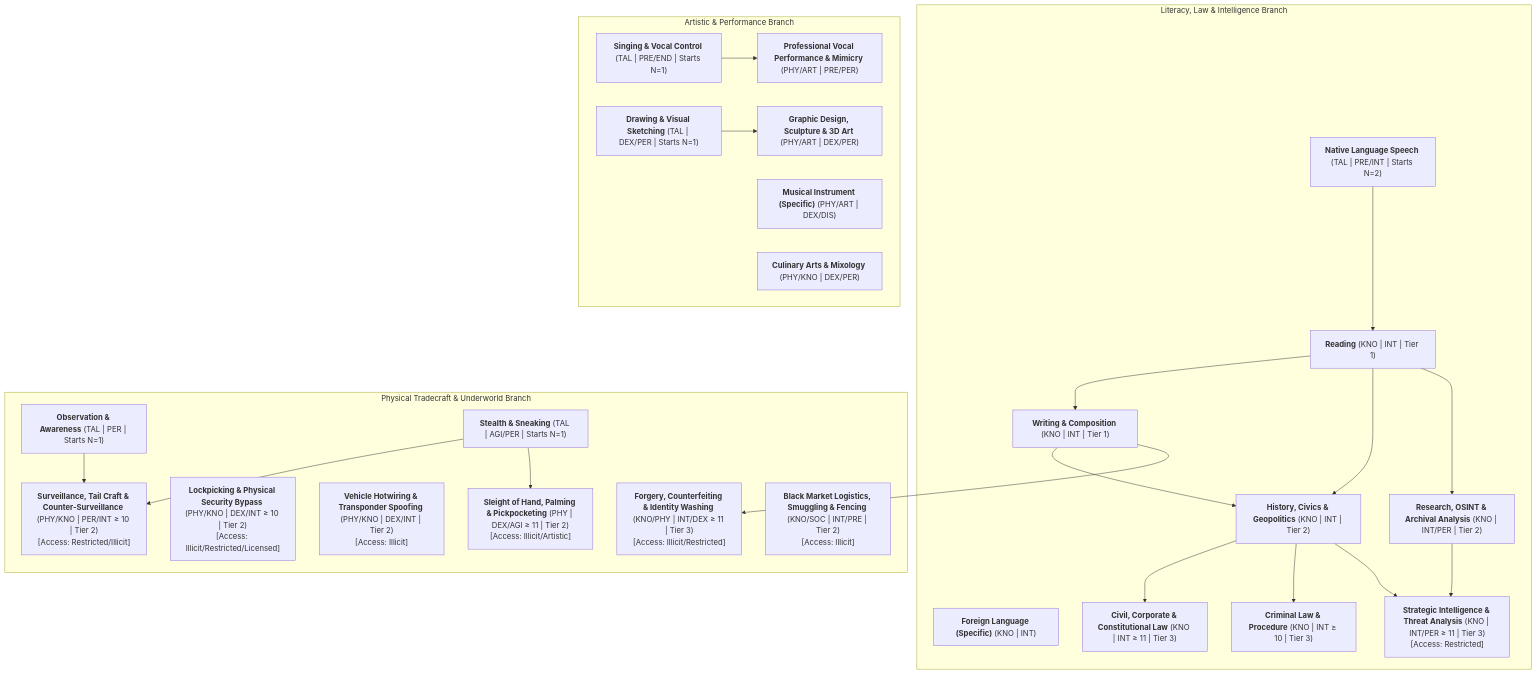
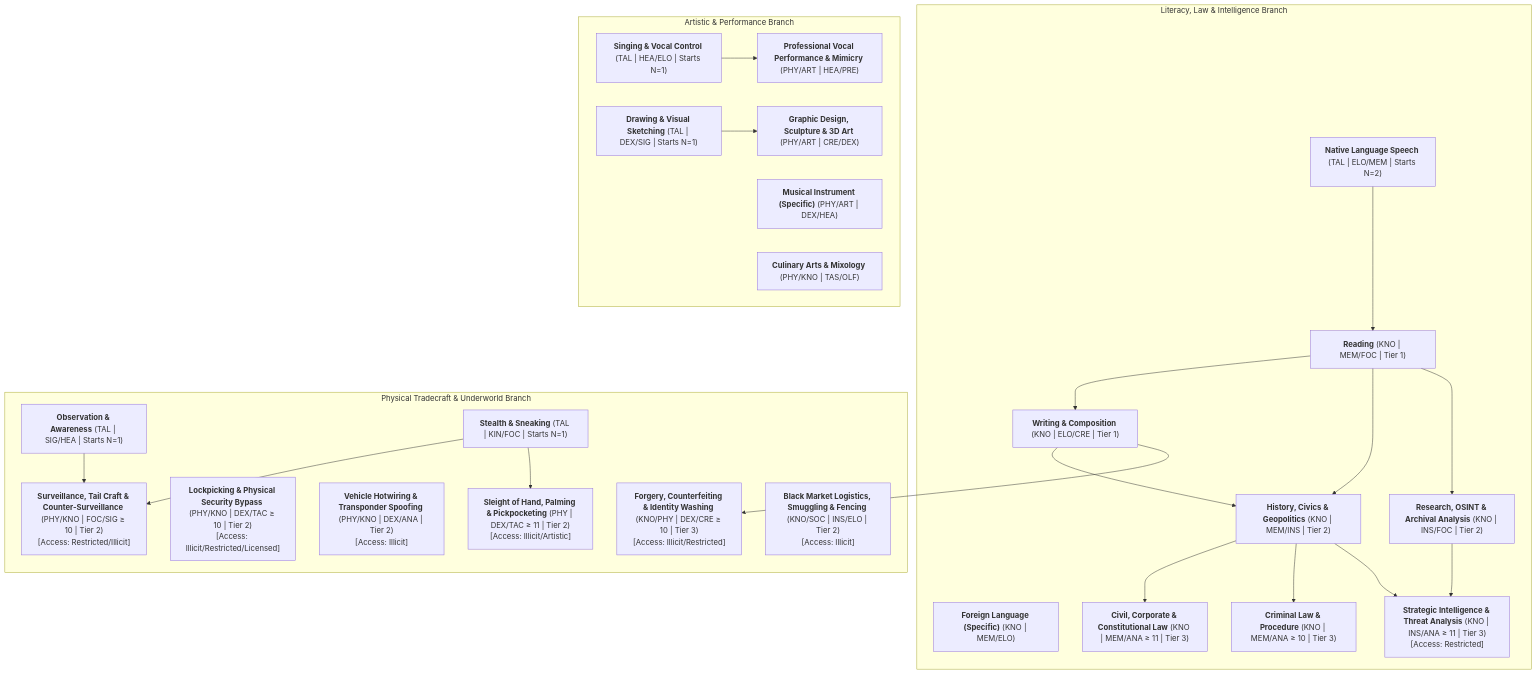
One commit to rarebreed/satya changed the eighth of 9 diagrams in docs/ttrpg/skill-design.md. Above: the diagram before and after it, drawn with Mermaid. The commit also changed other lines of this file and 1 other file, not shown here.

````diff
--- a/docs/ttrpg/skill-design.md
+++ b/docs/ttrpg/skill-design.md
@@ -637,52 +673,52 @@
 ```mermaid
 flowchart TD
     subgraph LiteracyHumanities["Literacy, Law & Intelligence Branch"]
-        Speech["<b>Native Language Speech</b> (TAL | PRE/INT | Starts N=2)"]
-        Read["<b>Reading</b> (KNO | INT | Tier 1)"]
-        Write["<b>Writing & Composition</b> (KNO | INT | Tier 1)"]
-        ForeignLang["<b>Foreign Language (Specific)</b> (KNO | INT)"]
-        Civics["<b>History, Civics & Geopolitics</b> (KNO | INT | Tier 2)"]
-        Research["<b>Research, OSINT & Archival Analysis</b> (KNO | INT/PER | Tier 2)"]
-        LawCiv["<b>Civil, Corporate & Constitutional Law</b> (KNO | INT ≥ 11 | Tier 3)"]
-        LawCrim["<b>Criminal Law & Procedure</b> (KNO | INT ≥ 10 | Tier 3)"]
-        IntelAnal["<b>Strategic Intelligence & Threat Analysis</b> (KNO | INT/PER ≥ 11 | Tier 3)<br/>[Access: Restricted]"]
+        Speech["<b>Native Language Speech</b> (TAL | ELO/MEM | Starts N=2)"]
+        Read["<b>Reading</b> (KNO | MEM/FOC | Tier 1)"]
+        Write["<b>Writing & Composition</b> (KNO | ELO/CRE | Tier 1)"]
+        ForeignLang["<b>Foreign Language (Specific)</b> (KNO | MEM/ELO)"]
+        Civics["<b>History, Civics & Geopolitics</b> (KNO | MEM/INS | Tier 2)"]
+        Research["<b>Research, OSINT & Archival Analysis</b> (KNO | INS/FOC | Tier 2)"]
+        LawCiv["<b>Civil, Corporate & Constitutional Law</b> (KNO | MEM/ANA ≥ 11 | Tier 3)"]
+        LawCrim["<b>Criminal Law & Procedure</b> (KNO | MEM/ANA ≥ 10 | Tier 3)"]
+        IntelAnal["<b>Strategic Intelligence & Threat Analysis</b> (KNO | INS/ANA ≥ 11 | Tier 3)<br/>[Access: Restricted]"]
     end
 
     subgraph TradecraftUnderworld["Physical Tradecraft & Underworld Branch"]
-        Observe["<b>Observation & Awareness</b> (TAL | PER | Starts N=1)"]
-        Stealth["<b>Stealth & Sneaking</b> (TAL | AGI/PER | Starts N=1)"]
-        Sleight["<b>Sleight of Hand, Palming & Pickpocketing</b> (PHY | DEX/AGI ≥ 11 | Tier 2)<br/>[Access: Illicit/Artistic]"]
-        Lockpick["<b>Lockpicking & Physical Security Bypass</b> (PHY/KNO | DEX/INT ≥ 10 | Tier 2)<br/>[Access: Illicit/Restricted/Licensed]"]
-        Hotwire["<b>Vehicle Hotwiring & Transponder Spoofing</b> (PHY/KNO | DEX/INT | Tier 2)<br/>[Access: Illicit]"]
-        Forgery["<b>Forgery, Counterfeiting & Identity Washing</b> (KNO/PHY | INT/DEX ≥ 11 | Tier 3)<br/>[Access: Illicit/Restricted]"]
-        Surveil["<b>Surveillance, Tail Craft & Counter-Surveillance</b> (PHY/KNO | PER/INT ≥ 10 | Tier 2)<br/>[Access: Restricted/Illicit]"]
-        Fence["<b>Black Market Logistics, Smuggling & Fencing</b> (KNO/SOC | INT/PRE | Tier 2)<br/>[Access: Illicit]"]
+        Observe["<b>Observation & Awareness</b> (TAL | SIG/HEA | Starts N=1)"]
+        Stealth["<b>Stealth & Sneaking</b> (TAL | KIN/FOC | Starts N=1)"]
+        Sleight["<b>Sleight of Hand, Palming & Pickpocketing</b> (PHY | DEX/TAC ≥ 11 | Tier 2)<br/>[Access: Illicit/Artistic]"]
+        Lockpick["<b>Lockpicking & Physical Security Bypass</b> (PHY/KNO | DEX/TAC ≥ 10 | Tier 2)<br/>[Access: Illicit/Restricted/Licensed]"]
+        Hotwire["<b>Vehicle Hotwiring & Transponder Spoofing</b> (PHY/KNO | DEX/ANA | Tier 2)<br/>[Access: Illicit]"]
+        Forgery["<b>Forgery, Counterfeiting & Identity Washing</b> (KNO/PHY | DEX/CRE ≥ 10 | Tier 3)<br/>[Access: Illicit/Restricted]"]
+        Surveil["<b>Surveillance, Tail Craft & Counter-Surveillance</b> (PHY/KNO | FOC/SIG ≥ 10 | Tier 2)<br/>[Access: Restricted/Illicit]"]
+        Fence["<b>Black Market Logistics, Smuggling & Fencing</b> (KNO/SOC | INS/ELO | Tier 2)<br/>[Access: Illicit]"]
     end
 
     subgraph ArtisticBranch["Artistic & Performance Branch"]
-        Sing["<b>Singing & Vocal Control</b> (TAL | PRE/END | Starts N=1)"]
-        Draw["<b>Drawing & Visual Sketching</b> (TAL | DEX/PER | Starts N=1)"]
-        VocalPerf["<b>Professional Vocal Performance & Mimicry</b> (PHY/ART | PRE/PER)"]
-        Instrument["<b>Musical Instrument (Specific)</b> (PHY/ART | DEX/DIS)"]
-        VisualArt["<b>Graphic Design, Sculpture & 3D Art</b> (PHY/ART | DEX/PER)"]
-        Culinary["<b>Culinary Arts & Mixology</b> (PHY/KNO | DEX/PER)"]
+        Sing["<b>Singing & Vocal Control</b> (TAL | HEA/ELO | Starts N=1)"]
+        Draw["<b>Drawing & Visual Sketching</b> (TAL | DEX/SIG | Starts N=1)"]
+        VocalPerf["<b>Professional Vocal Performance & Mimicry</b> (PHY/ART | HEA/PRE)"]
+        Instrument["<b>Musical Instrument (Specific)</b> (PHY/ART | DEX/HEA)"]
+        VisualArt["<b>Graphic Design, Sculpture & 3D Art</b> (PHY/ART | CRE/DEX)"]
+        Culinary["<b>Culinary Arts & Mixology</b> (PHY/KNO | TAS/OLF)"]
     end
 
     Speech --> Read
     Read --> Write
     Read --> Civics
     Write --> Civics
     Read --> Research
     Civics --> LawCiv
     Civics --> LawCrim
     Research --> IntelAnal
     Civics --> IntelAnal
 
     Observe --> Surveil
     Stealth --> Surveil
     Stealth --> Sleight
     Write --> Forgery
 
     Sing --> VocalPerf
     Draw --> VisualArt
 ```
````
